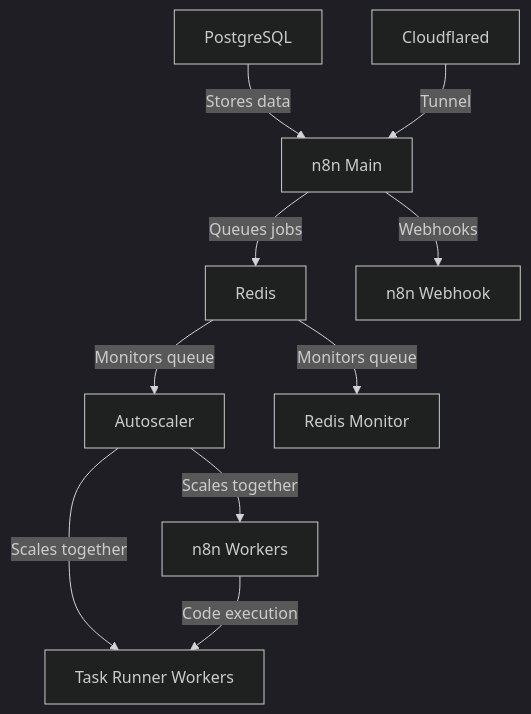
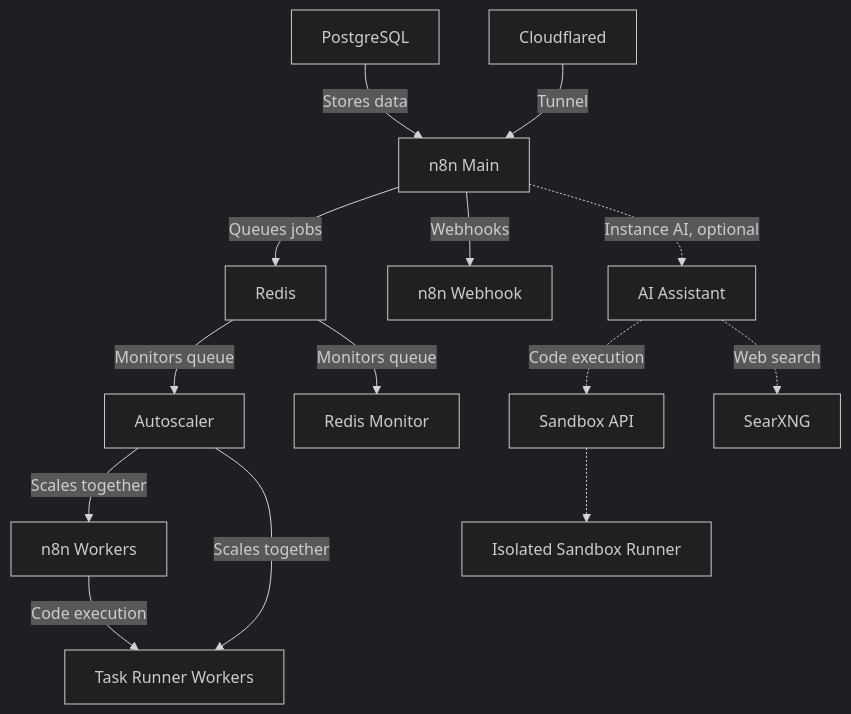
Before and after one commit to caasig/n8n-autoscaling: the diagram in README.md, drawn with Mermaid (dark theme). The commit also changed other lines of this file and 15 other files, not shown here.

First line of the commit message:
Add Instance AI and self-hosted sandbox support

````diff
--- a/README.md
+++ b/README.md
@@ -25,12 +25,16 @@
 ```mermaid
 graph TD
     A[n8n Main] -->|Queues jobs| B[Redis]
     B -->|Monitors queue| C[Autoscaler]
     C -->|Scales together| D[n8n Workers]
     C -->|Scales together| TR2[Task Runner Workers]
     D -->|Code execution| TR2
     B -->|Monitors queue| E[Redis Monitor]
     F[PostgreSQL] -->|Stores data| A
     A -->|Webhooks| G[n8n Webhook]
     H[Cloudflared] -->|Tunnel| A
+    A -.->|Instance AI, optional| IA[AI Assistant]
+    IA -.->|Code execution| SA[Sandbox API]
+    SA -.-> SR[Isolated Sandbox Runner]
+    IA -.->|Web search| SX[SearXNG]
 ```
````
